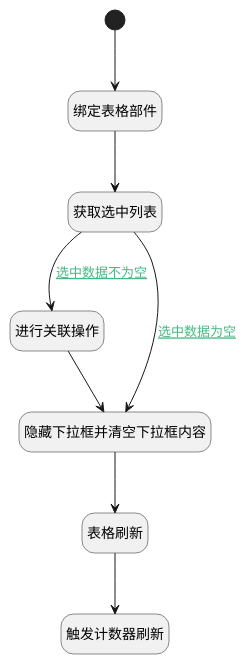
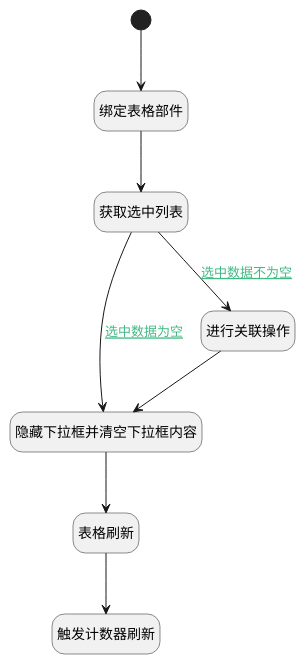
Before and after one commit to iBizLab/plm: the diagram in doc/docsify/module/ProdMgmt/idea/uilogic/test_case_relation_idea.md, drawn with PlantUML. The commit also changed other lines of this file and 1473 other files, not shown here.

````diff
--- a/doc/docsify/module/ProdMgmt/idea/uilogic/test_case_relation_idea.md
+++ b/doc/docsify/module/ProdMgmt/idea/uilogic/test_case_relation_idea.md
@@ -7,30 +7,30 @@
 ```plantuml
 @startuml
 hide footbox
 <style>
 root {
   HyperlinkColor #42b983
 }
 </style>
 
 hide empty description
 state "开始" as Begin <<start>> [[$./test_case_relation_idea#begin {开始}]]
 state "绑定表格部件" as PREPAREJSPARAM1  [[$./test_case_relation_idea#preparejsparam1 {绑定表格部件}]]
-state "进行关联操作" as DEACTION1  [[$./test_case_relation_idea#deaction1 {进行关联操作}]]
+state "获取选中列表" as RAWJSCODE2  [[$./test_case_relation_idea#rawjscode2 {获取选中列表}]]
 state "触发计数器刷新" as RAWJSCODE3  [[$./test_case_relation_idea#rawjscode3 {触发计数器刷新}]]
 state "隐藏下拉框并清空下拉框内容" as RAWJSCODE1  [[$./test_case_relation_idea#rawjscode1 {隐藏下拉框并清空下拉框内容}]]
-state "获取选中列表" as RAWJSCODE2  [[$./test_case_relation_idea#rawjscode2 {获取选中列表}]]
 state "表格刷新" as VIEWCTRLINVOKE1  [[$./test_case_relation_idea#viewctrlinvoke1 {表格刷新}]]
+state "进行关联操作" as DEACTION1  [[$./test_case_relation_idea#deaction1 {进行关联操作}]]
 
 
 Begin --> PREPAREJSPARAM1
 PREPAREJSPARAM1 --> RAWJSCODE2
 RAWJSCODE2 --> DEACTION1 : [[$./test_case_relation_idea#rawjscode2-deaction1{选中数据不为空} 选中数据不为空]]
 DEACTION1 --> RAWJSCODE1
 RAWJSCODE1 --> VIEWCTRLINVOKE1
 VIEWCTRLINVOKE1 --> RAWJSCODE3
 RAWJSCODE2 --> RAWJSCODE1 : [[$./test_case_relation_idea#rawjscode2-rawjscode1{选中数据为空} 选中数据为空]]
 
 
 @enduml
 ```
````
